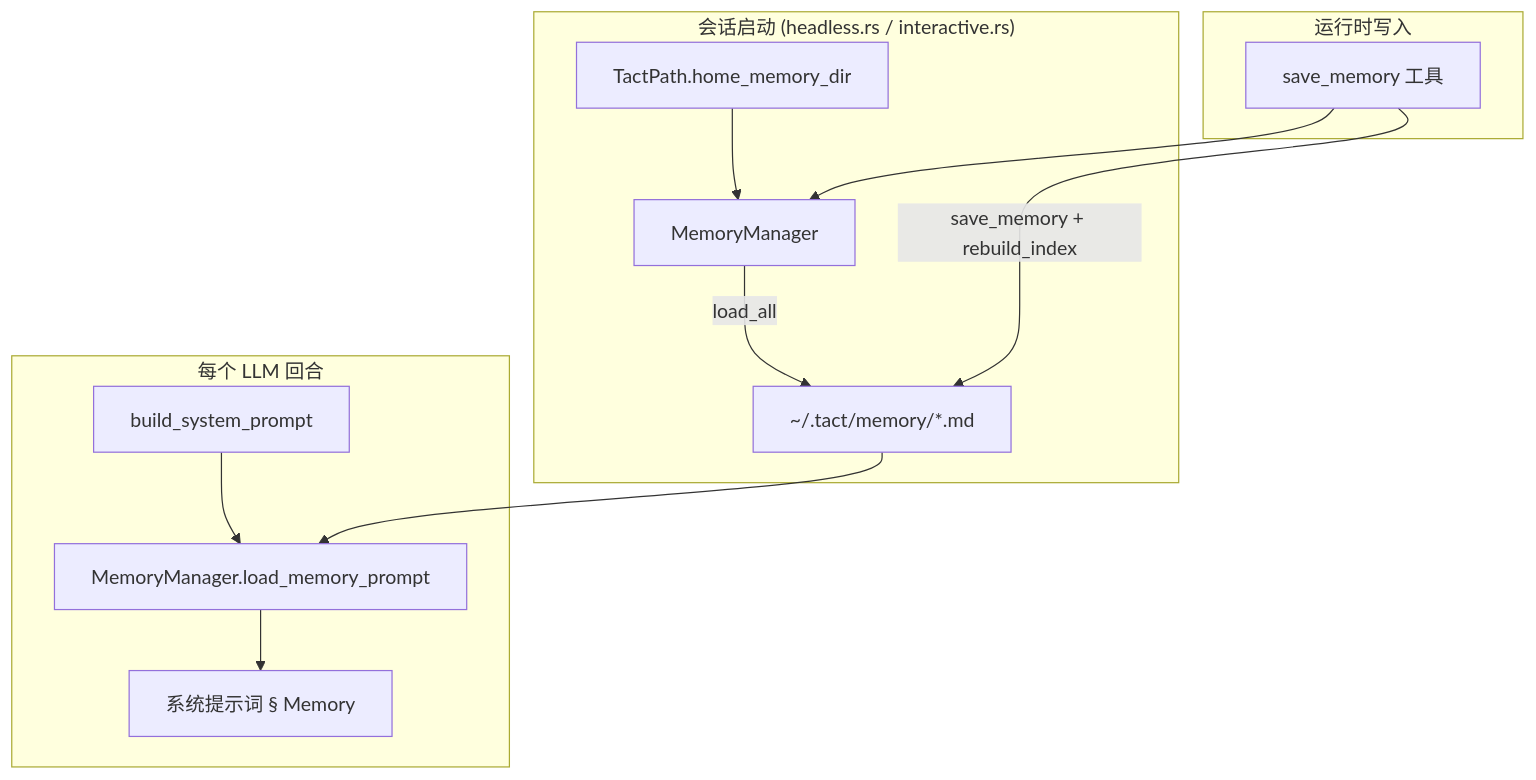
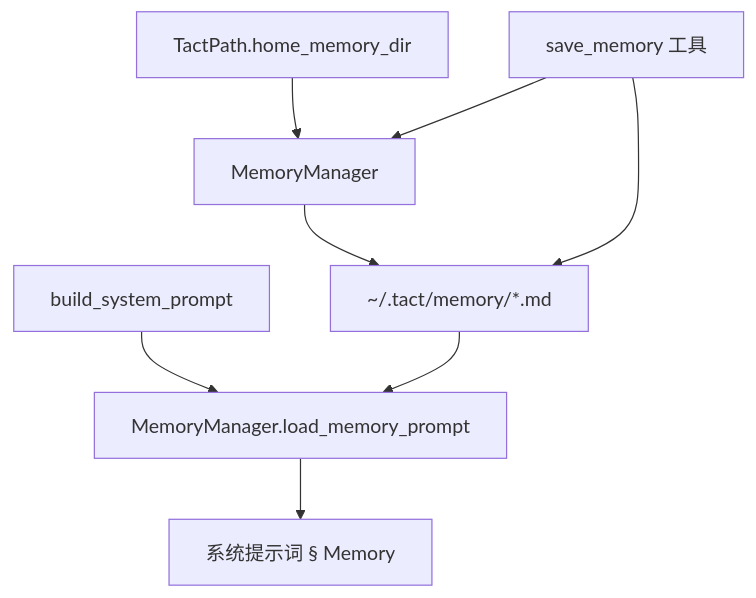
Before and after one commit to rust-infra/tact: the diagram in book/03_chapter_memory_zh.md, drawn with Mermaid. The commit also changed other lines of this file and 303 other files, not shown here.

````diff
--- a/book/03_chapter_memory_zh.md
+++ b/book/03_chapter_memory_zh.md
@@ -28,24 +28,10 @@
 ```mermaid
-graph TB
-    subgraph Startup["会话启动 (headless.rs / interactive.rs)"]
-        TP[TactPath.home_memory_dir]
-        MM[MemoryManager]
-        TP --> MM
-        MM -->|load_all| Files["~/.tact/memory/*.md"]
-    end
-
-    subgraph Agent["每个 LLM 回合"]
-        BSP[build_system_prompt]
-        MM2[MemoryManager.load_memory_prompt]
-        BSP --> MM2
-        MM2 --> SP["系统提示词 § Memory"]
-    end
-
-    subgraph Tools["运行时写入"]
-        SM[save_memory 工具]
-        SM -->|save_memory + rebuild_index| Files
-        SM --> MM
-    end
-
-    Files --> MM2
+graph TD
+    tp[TactPath.home_memory_dir] --> mm[MemoryManager]
+    mm --> files[~/.tact/memory/*.md]
+    bsp[build_system_prompt] --> mm2[MemoryManager.load_memory_prompt]
+    mm2 --> sp[系统提示词 § Memory]
+    sm[save_memory 工具] --> files
+    sm --> mm
+    files --> mm2
 ```
````
